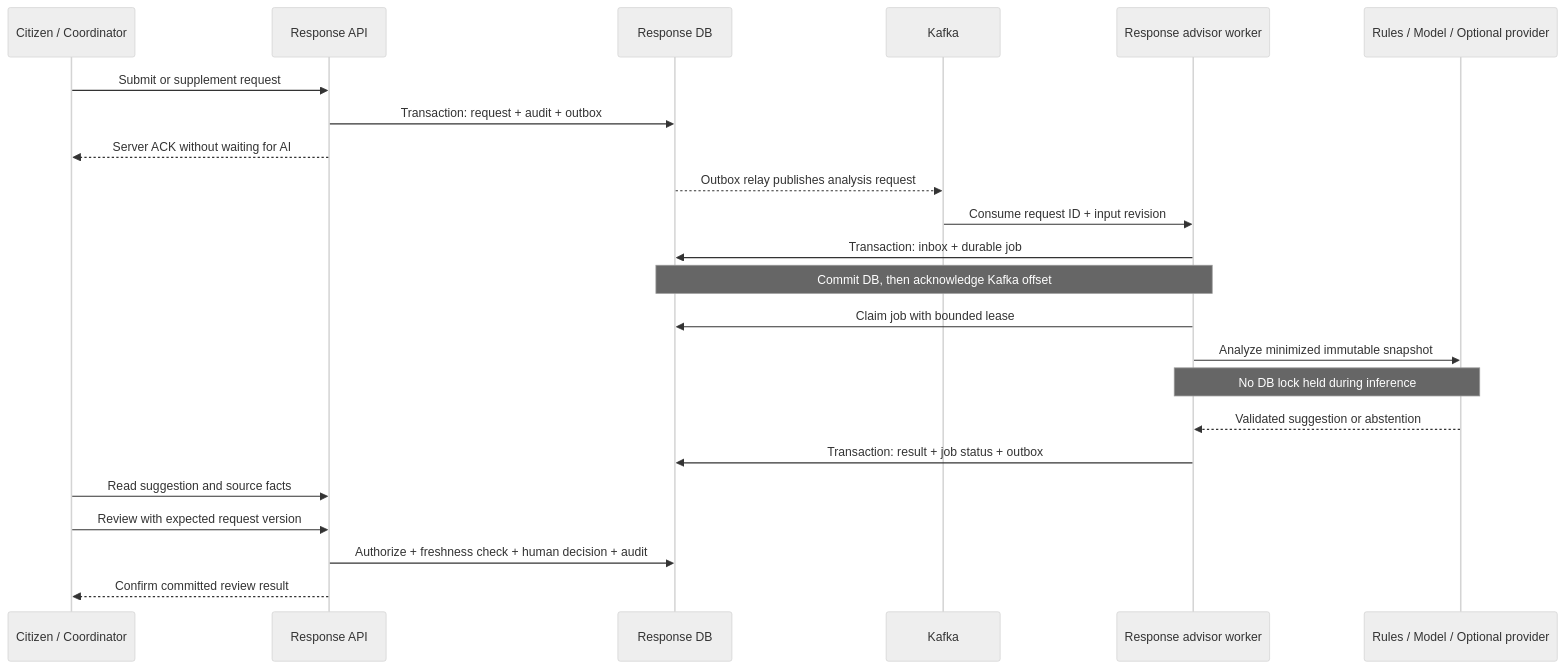
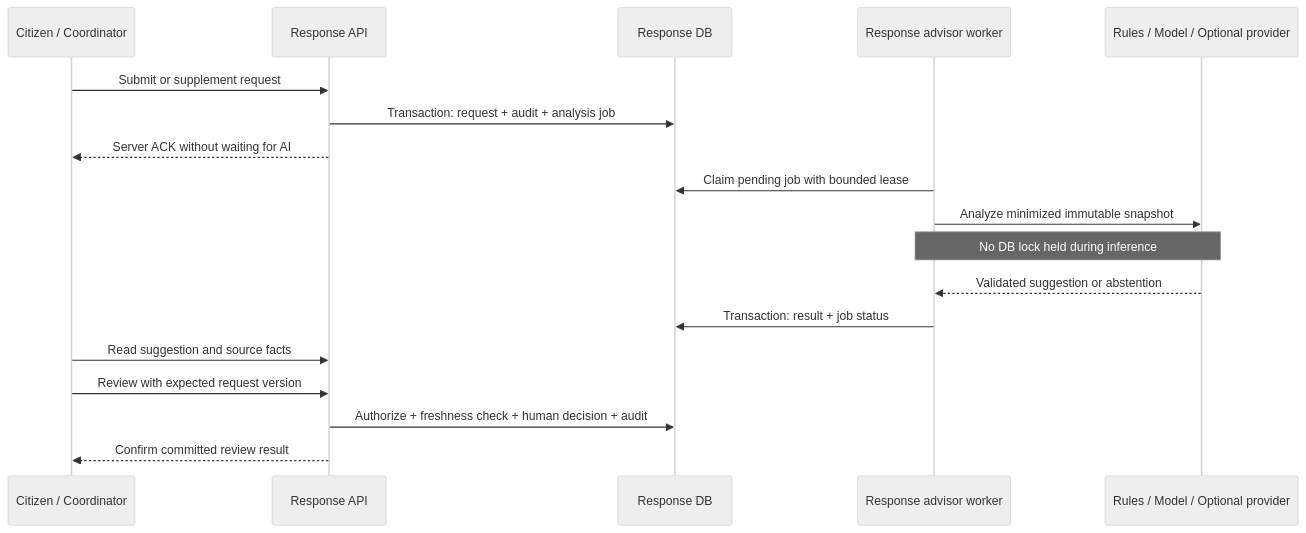
Before and after one commit to sangvirgo/disaster-relief-management: the fifth of 6 diagrams in docs/c48-technology-and-delivery-plan.md, drawn with Mermaid (neutral theme). The commit also changed other lines of this file and 1 other file, not shown here.

````diff
--- a/docs/c48-technology-and-delivery-plan.md
+++ b/docs/c48-technology-and-delivery-plan.md
@@ -753,25 +750,20 @@
 ```mermaid
 sequenceDiagram
   participant C as Citizen / Coordinator
   participant R as Response API
   participant D as Response DB
-  participant K as Kafka
   participant W as Response advisor worker
   participant M as Rules / Model / Optional provider
   C->>R: Submit or supplement request
-  R->>D: Transaction: request + audit + outbox
+  R->>D: Transaction: request + audit + analysis job
   R-->>C: Server ACK without waiting for AI
-  D-->>K: Outbox relay publishes analysis request
-  K->>W: Consume request ID + input revision
-  W->>D: Transaction: inbox + durable job
-  Note over W,D: Commit DB, then acknowledge Kafka offset
-  W->>D: Claim job with bounded lease
+  W->>D: Claim pending job with bounded lease
   W->>M: Analyze minimized immutable snapshot
   Note over W,M: No DB lock held during inference
   M-->>W: Validated suggestion or abstention
-  W->>D: Transaction: result + job status + outbox
+  W->>D: Transaction: result + job status
   C->>R: Read suggestion and source facts
   C->>R: Review with expected request version
   R->>D: Authorize + freshness check + human decision + audit
   R-->>C: Confirm committed review result
 ```
````
